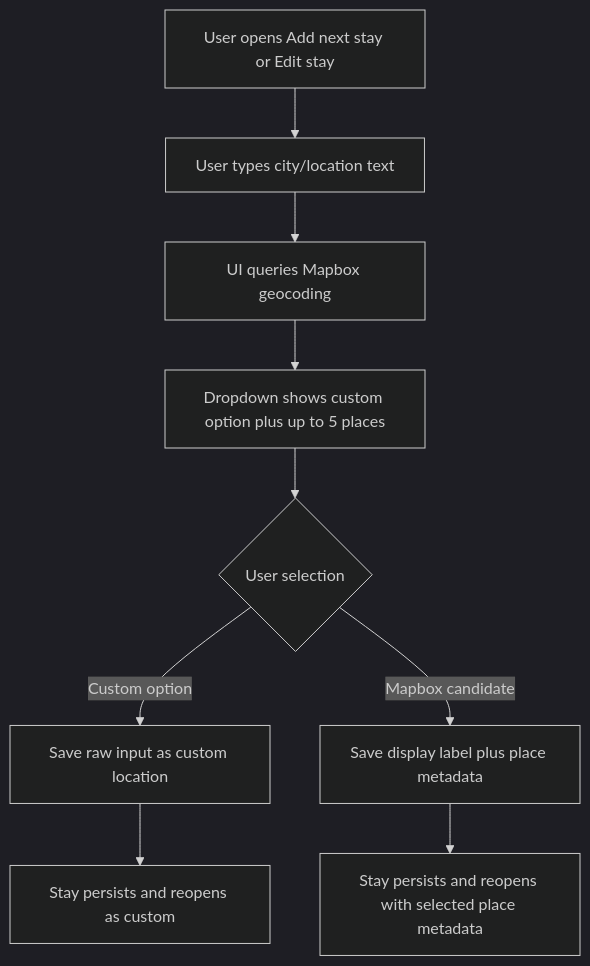
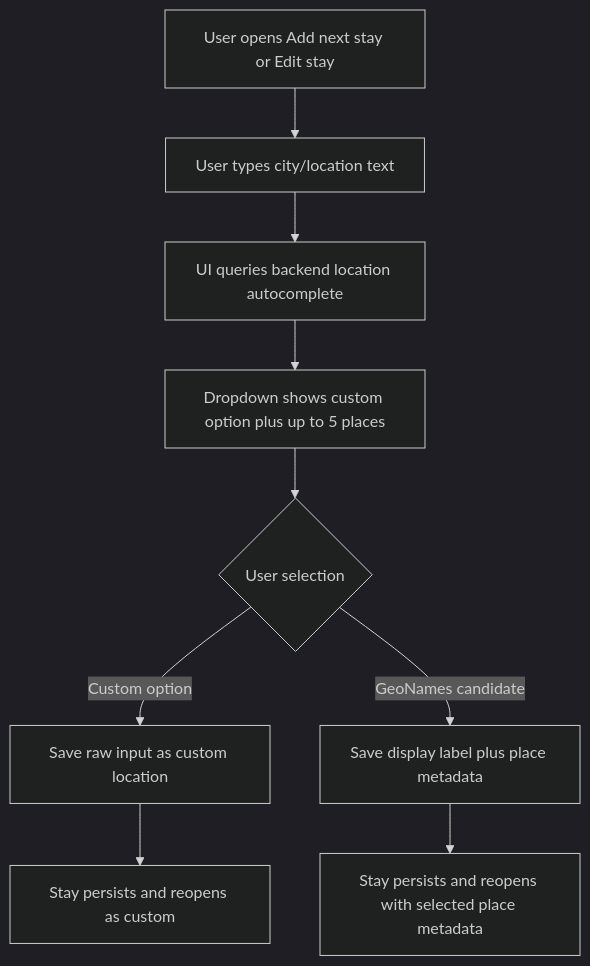
The diagram in travel-plan-web-next/docs/itinerary-location-autocomplete/feature-analysis.md (moukayz/my-tesm-tests), drawn with Mermaid (dark theme) before and after one commit. The commit also changed other lines of this file and 40 other files, not shown here.

````diff
--- a/travel-plan-web-next/docs/itinerary-location-autocomplete/feature-analysis.md
+++ b/travel-plan-web-next/docs/itinerary-location-autocomplete/feature-analysis.md
@@ -50,11 +50,11 @@
 ```mermaid
 flowchart TD
     A[User opens Add next stay or Edit stay] --> B[User types city/location text]
-    B --> C[UI queries Mapbox geocoding]
+    B --> C[UI queries backend location autocomplete]
     C --> D[Dropdown shows custom option plus up to 5 places]
     D --> E{User selection}
     E -->|Custom option| F[Save raw input as custom location]
-    E -->|Mapbox candidate| G[Save display label plus place metadata]
+    E -->|GeoNames candidate| G[Save display label plus place metadata]
     F --> H[Stay persists and reopens as custom]
     G --> I[Stay persists and reopens with selected place metadata]
 ```
````
